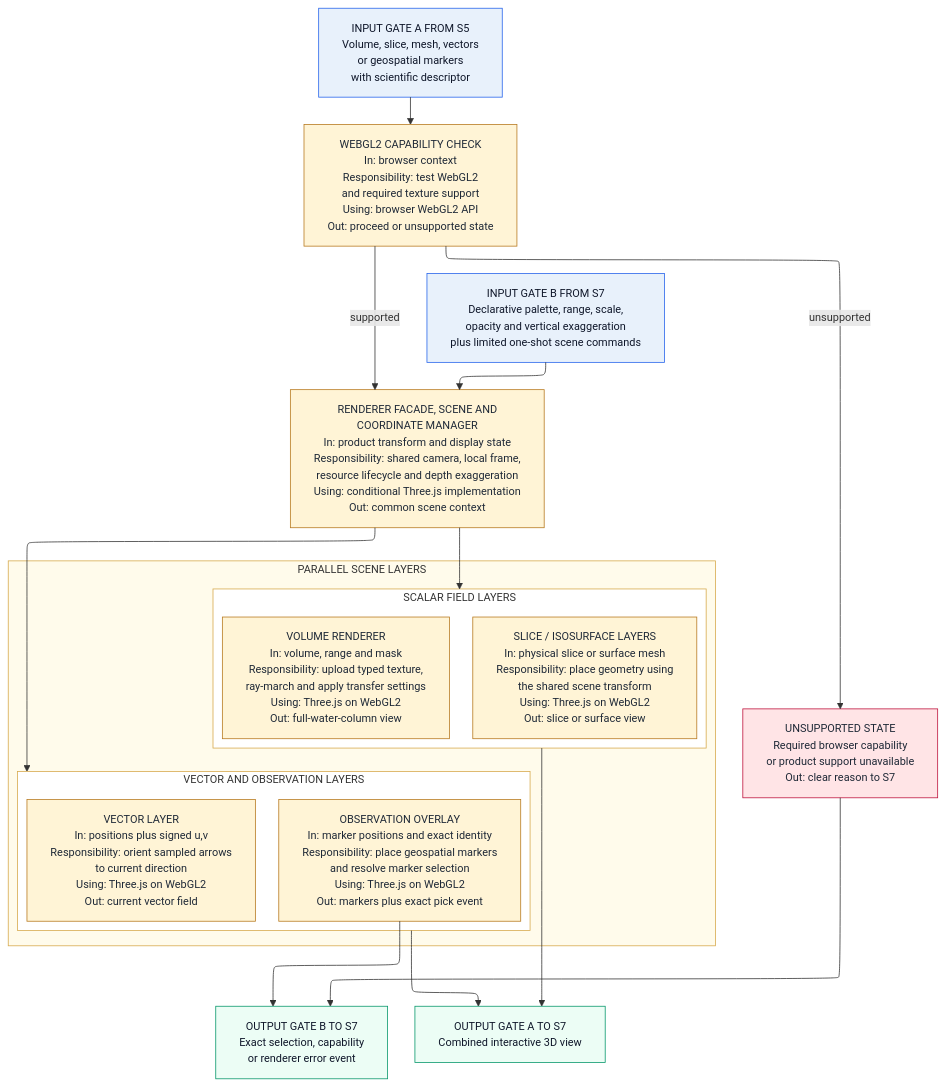
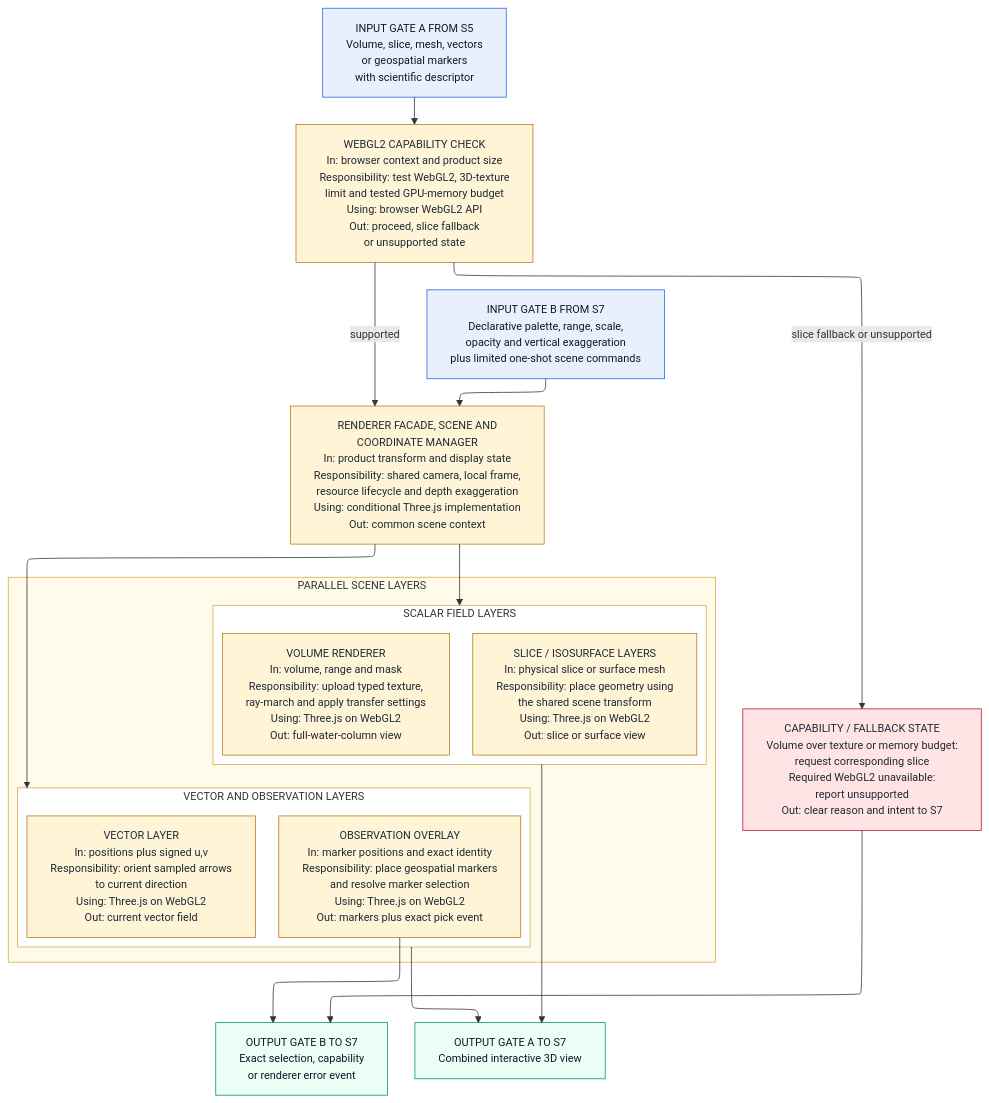
Before and after one commit to CSubham/incois-3d-ocean-visualization: the ninth of 10 diagrams in docs/architecture/LLD_INCOIS_3D_Ocean_Data_Visualization_System.md, drawn with Mermaid. The commit also changed other lines of this file and 8 other files, not shown here.

````diff
--- a/docs/architecture/LLD_INCOIS_3D_Ocean_Data_Visualization_System.md
+++ b/docs/architecture/LLD_INCOIS_3D_Ocean_Data_Visualization_System.md
@@ -327,56 +327,56 @@
 ```mermaid
 %%{init: {"layout": "elk", "flowchart": {"wrappingWidth": 300, "rankSpacing": 35, "nodeSpacing": 20}, "themeVariables": {"fontSize": "14px"}}}%%
 flowchart TB
     IN1["INPUT GATE A FROM S5<br/>Volume, slice, mesh, vectors<br/>or geospatial markers<br/>with scientific descriptor"]
     IN2["INPUT GATE B FROM S7<br/>Declarative palette, range, scale,<br/>opacity and vertical exaggeration<br/>plus limited one-shot scene commands"]
-    M0["WEBGL2 CAPABILITY CHECK<br/>In: browser context<br/>Responsibility: test WebGL2<br/>and required texture support<br/>Using: browser WebGL2 API<br/>Out: proceed or unsupported state"]
+    M0["WEBGL2 CAPABILITY CHECK<br/>In: browser context and product size<br/>Responsibility: test WebGL2, 3D-texture<br/>limit and tested GPU-memory budget<br/>Using: browser WebGL2 API<br/>Out: proceed, slice fallback<br/>or unsupported state"]
     M1["RENDERER FACADE, SCENE AND<br/>COORDINATE MANAGER<br/>In: product transform and display state<br/>Responsibility: shared camera, local frame,<br/>resource lifecycle and depth exaggeration<br/>Using: conditional Three.js implementation<br/>Out: common scene context"]
     subgraph LAYERS["PARALLEL SCENE LAYERS"]
         direction TB
         subgraph SCALAR_LAYERS["SCALAR FIELD LAYERS"]
             direction LR
             M2["VOLUME RENDERER<br/>In: volume, range and mask<br/>Responsibility: upload typed texture,<br/>ray-march and apply transfer settings<br/>Using: Three.js on WebGL2<br/>Out: full-water-column view"]
             M3["SLICE / ISOSURFACE LAYERS<br/>In: physical slice or surface mesh<br/>Responsibility: place geometry using<br/>the shared scene transform<br/>Using: Three.js on WebGL2<br/>Out: slice or surface view"]
         end
         subgraph OVERLAY_LAYERS["VECTOR AND OBSERVATION LAYERS"]
             direction LR
             M4["VECTOR LAYER<br/>In: positions plus signed u,v<br/>Responsibility: orient sampled arrows<br/>to current direction<br/>Using: Three.js on WebGL2<br/>Out: current vector field"]
             M5["OBSERVATION OVERLAY<br/>In: marker positions and exact identity<br/>Responsibility: place geospatial markers<br/>and resolve marker selection<br/>Using: Three.js on WebGL2<br/>Out: markers plus exact pick event"]
         end
         SCALAR_LAYERS ~~~ OVERLAY_LAYERS
     end
-    F["UNSUPPORTED STATE<br/>Required browser capability<br/>or product support unavailable<br/>Out: clear reason to S7"]
+    F["CAPABILITY / FALLBACK STATE<br/>Volume over texture or memory budget:<br/>request corresponding slice<br/>Required WebGL2 unavailable:<br/>report unsupported<br/>Out: clear reason and intent to S7"]
     OUT2["OUTPUT GATE B TO S7<br/>Exact selection, capability<br/>or renderer error event"]
     OUT1["OUTPUT GATE A TO S7<br/>Combined interactive 3D view"]
 
     IN1 --> M0
     IN2 --> M1
     M0 -- "supported" --> M1
-    M0 -- "unsupported" --> F
+    M0 -- "slice fallback or unsupported" --> F
     F --> OUT2
     M1 --> SCALAR_LAYERS
     M1 --> OVERLAY_LAYERS
     SCALAR_LAYERS --> OUT1
     OVERLAY_LAYERS --> OUT1
     M5 --> OUT2
 
     classDef gate fill:#E8F1FB,stroke:#2563EB,color:#0F172A;
     classDef mod fill:#FFF4D6,stroke:#B7791F,color:#1F2937;
     classDef out fill:#ECFDF5,stroke:#059669,color:#0F172A;
     classDef plat fill:#F1F5F9,stroke:#64748B,color:#1F2937;
     classDef fail fill:#FFE4E6,stroke:#BE123C,color:#1F2937;
     class IN1 gate;
     class IN2 gate;
     class M0 mod;
     class M1 mod;
     class M2 mod;
     class M3 mod;
     class M4 mod;
     class M5 mod;
     class F fail;
     class OUT2 out;
     class OUT1 out;
     style LAYERS fill:#FFFBEB,stroke:#D6A94C,stroke-width:1px
     style SCALAR_LAYERS fill:#FFFFFF,stroke:#D6A94C,stroke-width:1px
     style OVERLAY_LAYERS fill:#FFFFFF,stroke:#D6A94C,stroke-width:1px
 ```
````
